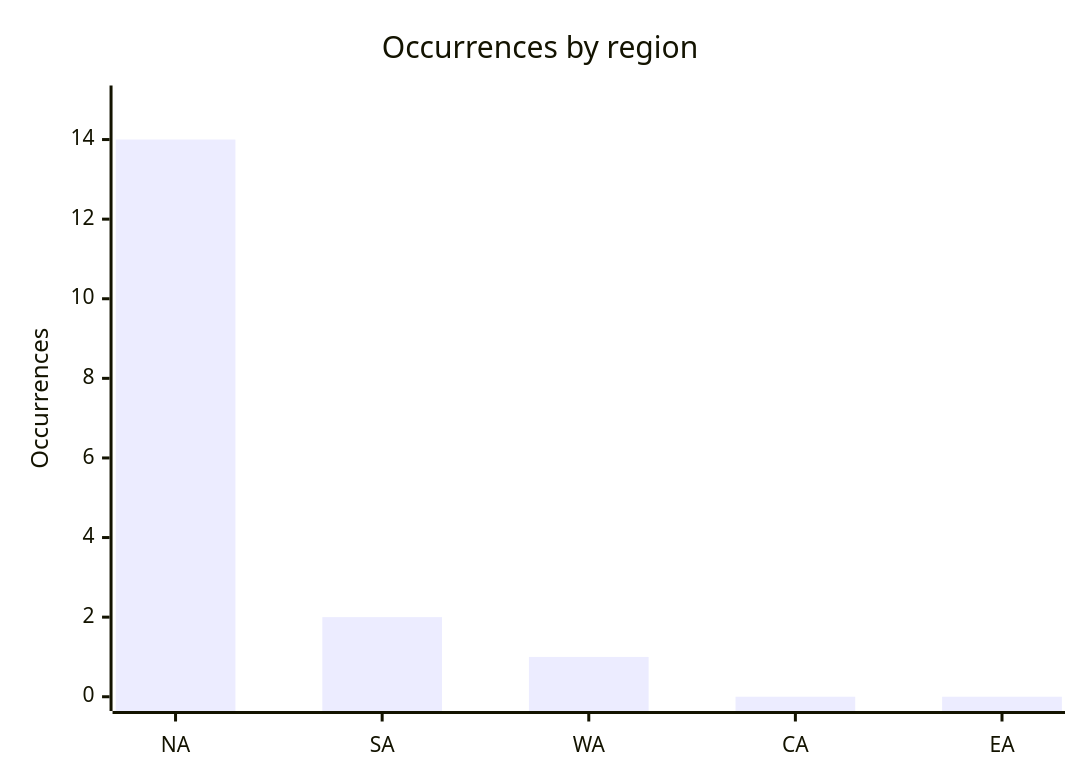
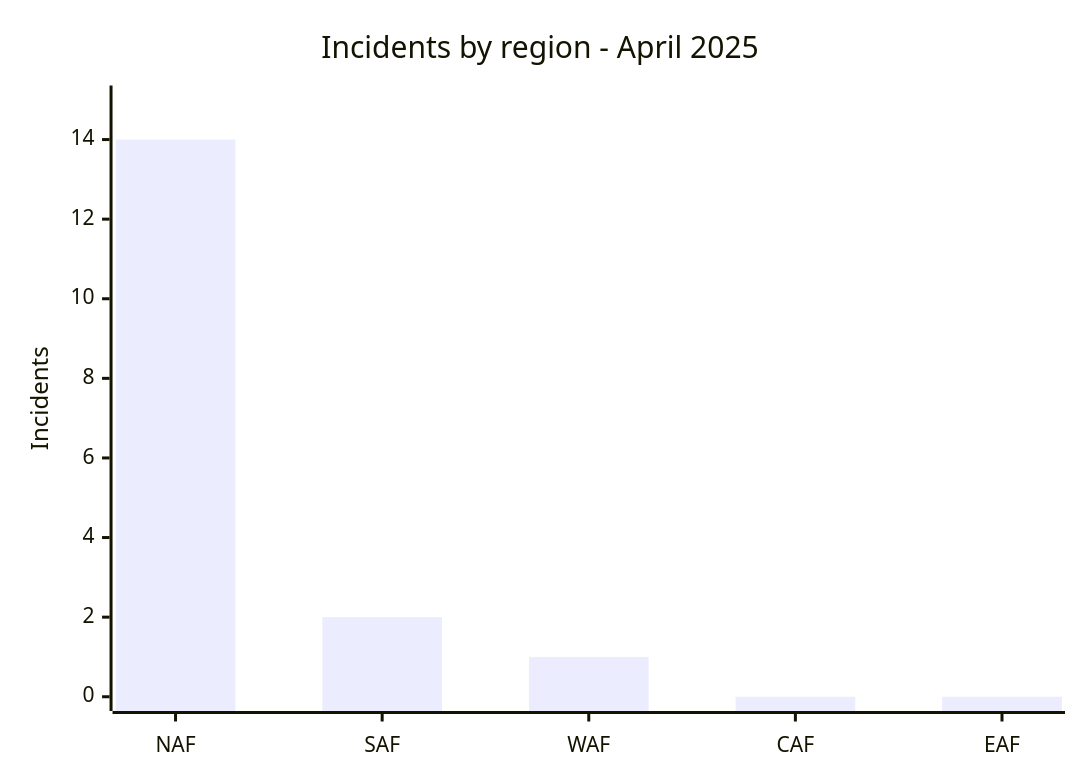
Before and after one commit to Hatchepsoute/AFRINTEL: the fourth of 7 diagrams in CyberAttackAfrica/2025/04-april/README.md, drawn with Mermaid. The commit also changed other lines of this file and 3 other files, not shown here.

````diff
--- a/CyberAttackAfrica/2025/04-april/README.md
+++ b/CyberAttackAfrica/2025/04-april/README.md
@@ -145,7 +123,7 @@
 ```mermaid
-xychart
-    title "Occurrences by region"
-    x-axis ["NA","SA","WA","CA","EA"]
-    y-axis "Occurrences" 0 --> 15
-    bar [14,2,1,0,0]
+xychart-beta
+    title "Incidents by region - April 2025"
+    x-axis ["NAF", "SAF", "WAF", "CAF", "EAF"]
+    y-axis "Incidents" 0 --> 15
+    bar [14, 2, 1, 0, 0]
 ```
````
